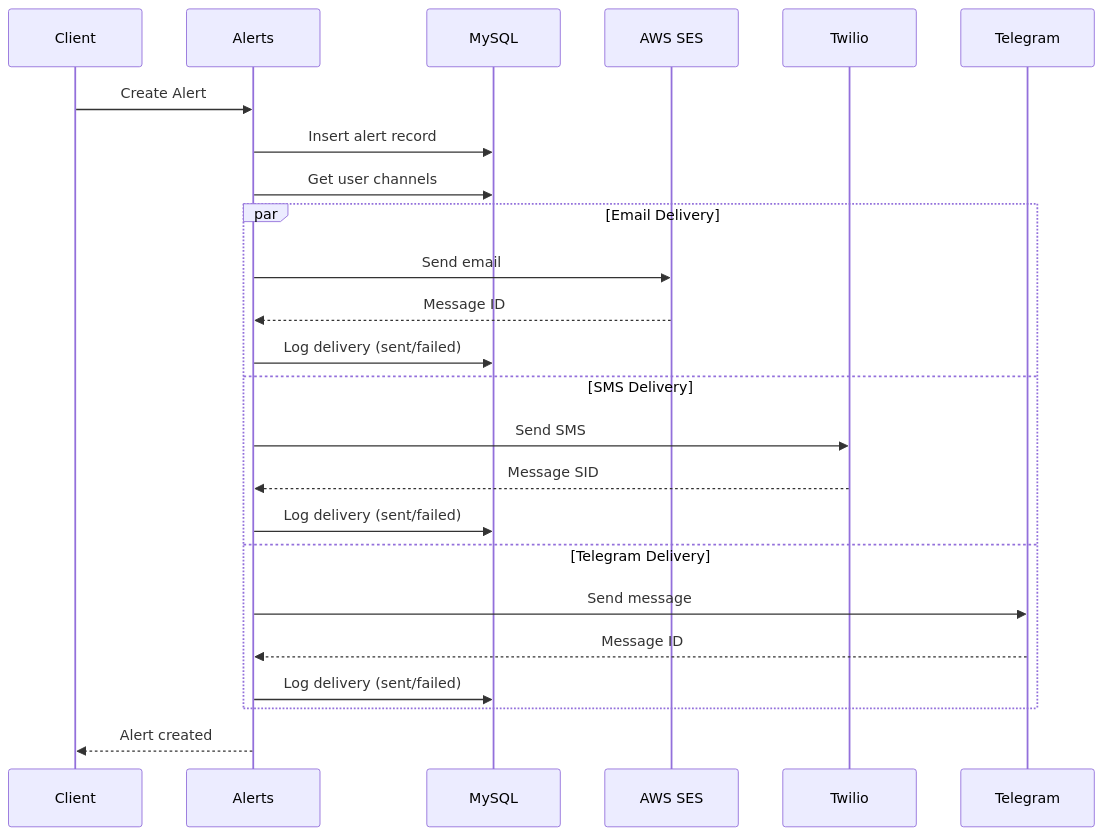
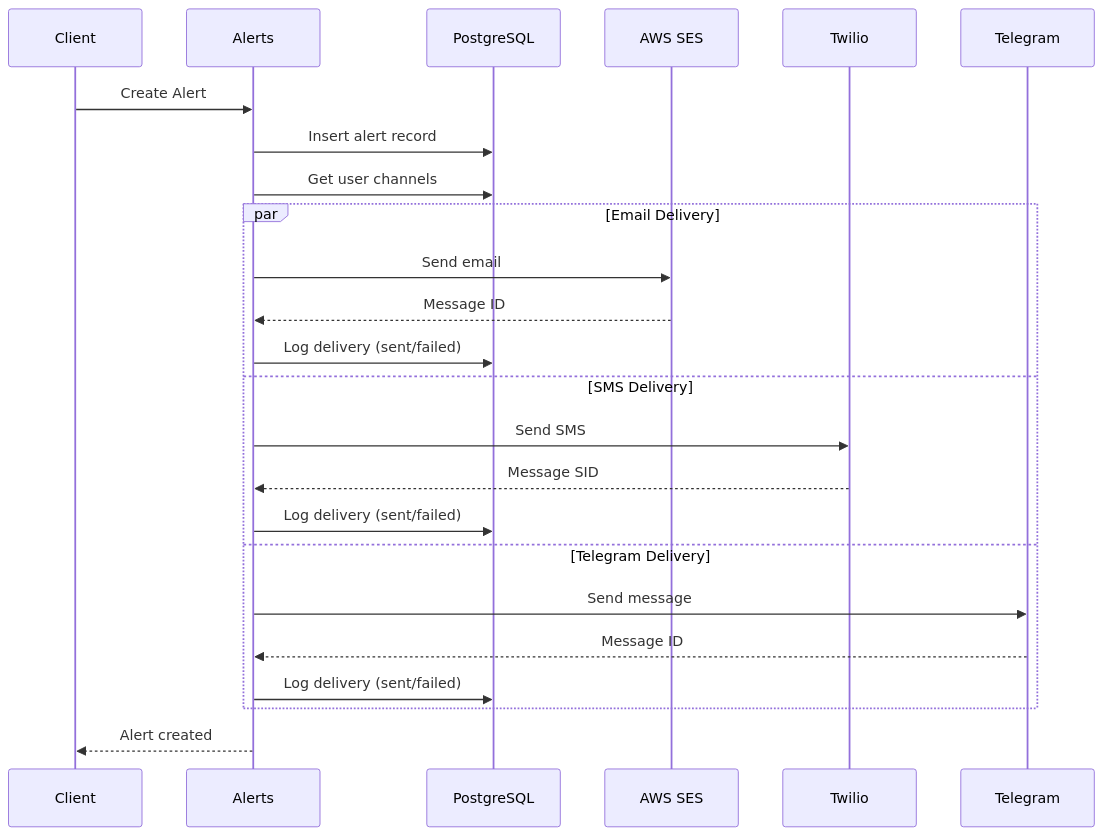
One commit to Gratheon/alerts changed the second of 2 diagrams in README.md. Above: the diagram before and after it, drawn with Mermaid. The commit also changed other lines of this file and 23 other files, not shown here.

Commit message:
feat!: migrate database backend from MySQL to PostgreSQL

````diff
--- a/README.md
+++ b/README.md
@@ -474,29 +474,29 @@
 ```mermaid
 sequenceDiagram
     participant Client
     participant Alerts
-    participant DB as MySQL
+    participant DB as PostgreSQL
     participant Email as AWS SES
     participant SMS as Twilio
     participant TG as Telegram
 
     Client->>Alerts: Create Alert
     Alerts->>DB: Insert alert record
     Alerts->>DB: Get user channels
     
     par Email Delivery
         Alerts->>Email: Send email
         Email-->>Alerts: Message ID
         Alerts->>DB: Log delivery (sent/failed)
     and SMS Delivery
         Alerts->>SMS: Send SMS
         SMS-->>Alerts: Message SID
         Alerts->>DB: Log delivery (sent/failed)
     and Telegram Delivery
         Alerts->>TG: Send message
         TG-->>Alerts: Message ID
         Alerts->>DB: Log delivery (sent/failed)
     end
     
     Alerts-->>Client: Alert created
 ```
````
